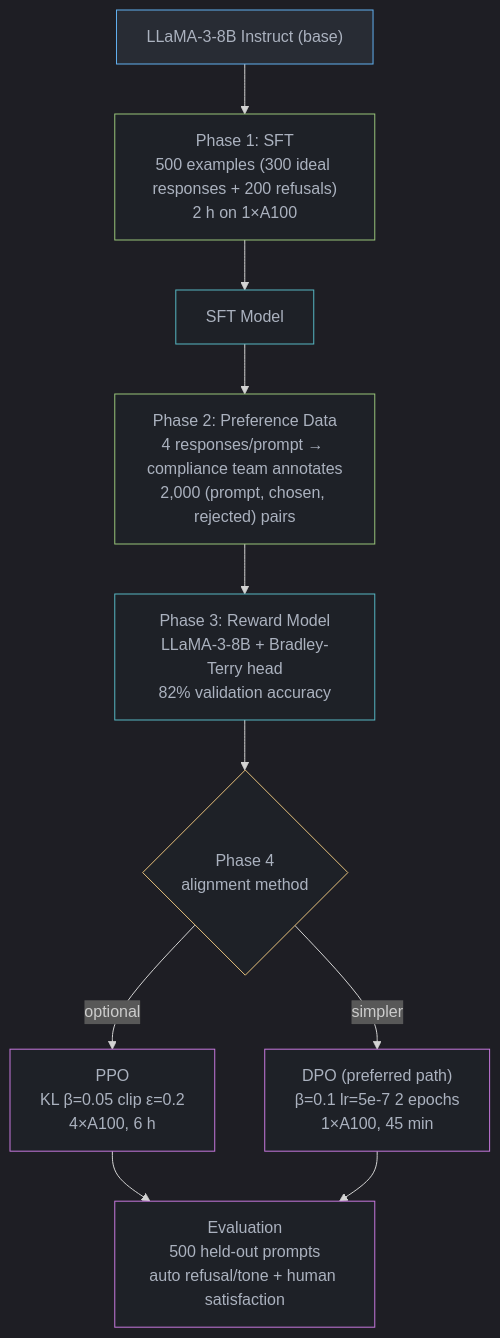
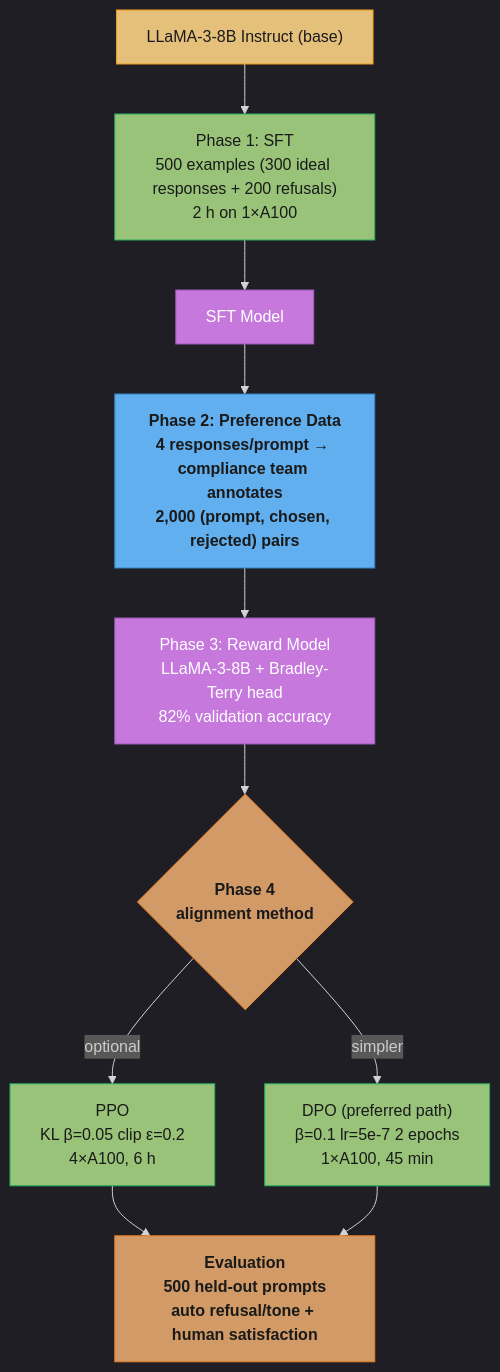
Before and after one commit to rppol/system-design: the third of 3 diagrams in src/main/java/com/rutik/systemdesign/llm/alignment_and_rlhf/README.md, drawn with Mermaid. The commit also changed other lines of this file and 88 other files, not shown here.

````diff
--- a/src/main/java/com/rutik/systemdesign/llm/alignment_and_rlhf/README.md
+++ b/src/main/java/com/rutik/systemdesign/llm/alignment_and_rlhf/README.md
@@ -689,29 +695,31 @@
 ```mermaid
 %%{init: {'flowchart': {'curve': 'basis'}, 'theme': 'dark'}}%%
 flowchart TD
-    classDef io     fill:#282c34,stroke:#61afef,color:#abb2bf
-    classDef proc   fill:#1e2127,stroke:#98c379,color:#abb2bf
-    classDef decide fill:#1e2127,stroke:#e5c07b,color:#abb2bf
-    classDef llm    fill:#1e2127,stroke:#c678dd,color:#abb2bf
-    classDef store  fill:#1e2127,stroke:#56b6c2,color:#abb2bf
+    classDef io      fill:#61afef,stroke:#2e86c1,color:#1a1a1a,font-weight:bold
+    classDef frozen  fill:#c678dd,stroke:#9b59b6,color:#fff
+    classDef train   fill:#98c379,stroke:#27ae60,color:#1a1a1a
+    classDef mathOp  fill:#d19a66,stroke:#e67e22,color:#1a1a1a,font-weight:bold
+    classDef lossN   fill:#e06c75,stroke:#c0392b,color:#fff,font-weight:bold
+    classDef req     fill:#56b6c2,stroke:#0097a7,color:#1a1a1a
+    classDef base    fill:#e5c07b,stroke:#f39c12,color:#1a1a1a
 
     BASE["LLaMA-3-8B Instruct (base)"]
     SFT["Phase 1: SFT\n500 examples (300 ideal responses + 200 refusals)\n2 h on 1×A100"]
     SFT_M["SFT Model"]
     PREF["Phase 2: Preference Data\n4 responses/prompt → compliance team annotates\n2,000 (prompt, chosen, rejected) pairs"]
     RM["Phase 3: Reward Model\nLLaMA-3-8B + Bradley-Terry head\n82% validation accuracy"]
     CHOICE{"Phase 4\nalignment method"}
     PPO["PPO\nKL β=0.05  clip ε=0.2\n4×A100, 6 h"]
     DPO["DPO (preferred path)\nβ=0.1  lr=5e-7  2 epochs\n1×A100, 45 min"]
     EVAL["Evaluation\n500 held-out prompts\nauto refusal/tone + human satisfaction"]
 
     BASE --> SFT --> SFT_M --> PREF --> RM --> CHOICE
     CHOICE -->|"optional"| PPO --> EVAL
     CHOICE -->|"simpler"| DPO --> EVAL
 
-    class BASE io
-    class SFT,PREF proc
-    class SFT_M,RM store
-    class CHOICE decide
-    class PPO,DPO,EVAL llm
+    class BASE base
+    class PREF io
+    class SFT,PPO,DPO train
+    class SFT_M,RM frozen
+    class CHOICE,EVAL mathOp
 ```
````
